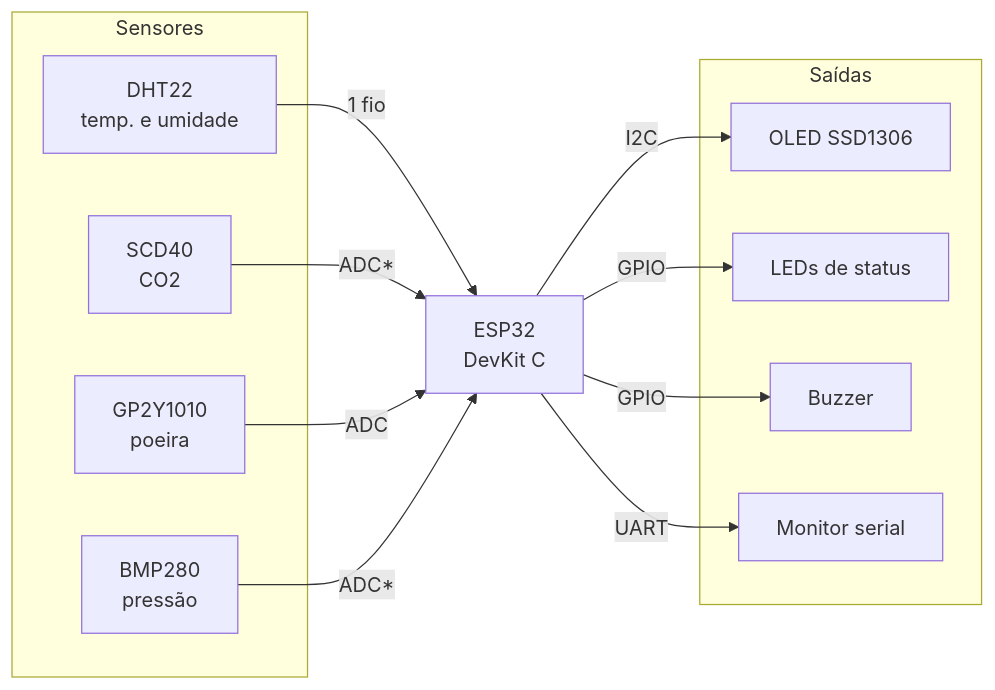
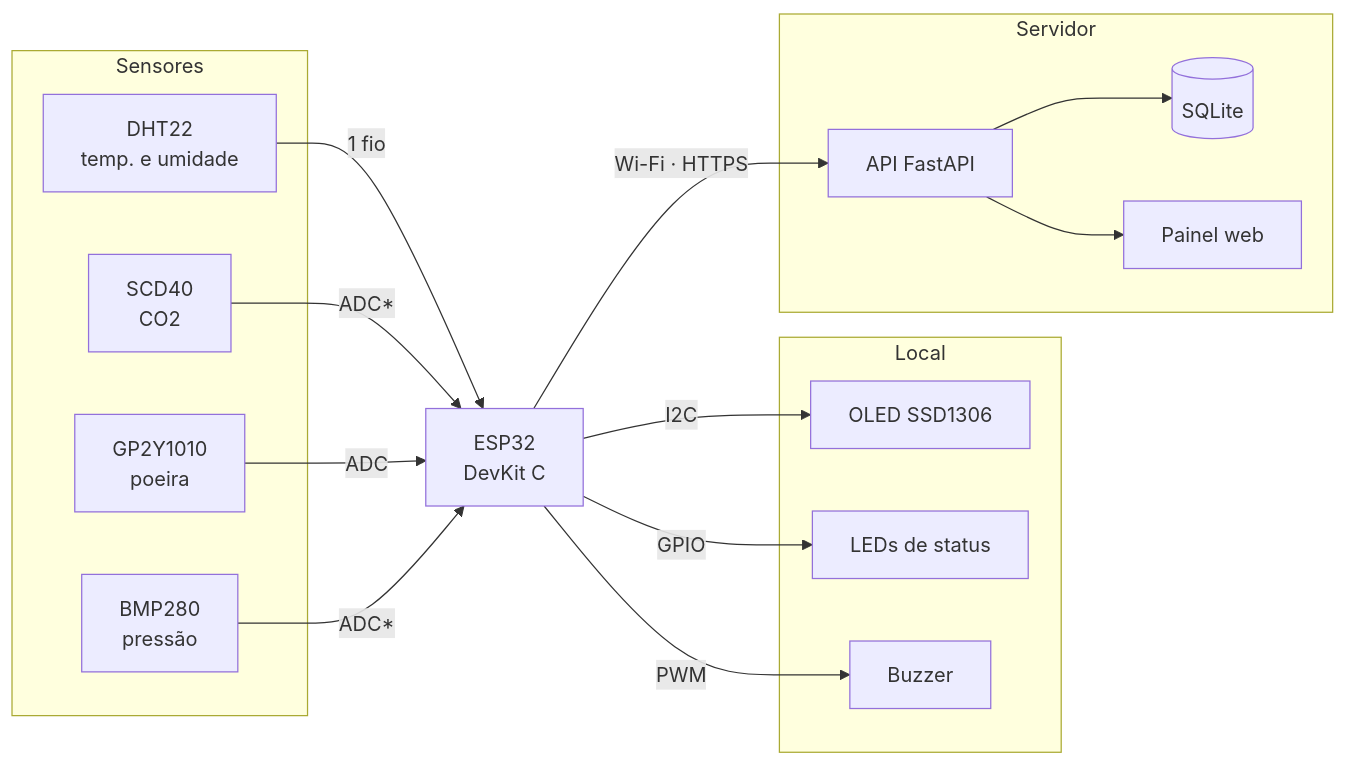
The diagram in README.md (DaviFCSilva/air-sense), drawn with Mermaid before and after one commit. The commit also changed other lines of this file and 5 other files, not shown here.

````diff
--- a/README.md
+++ b/README.md
@@ -66,27 +97,34 @@
 ```mermaid
 flowchart LR
     subgraph Sensores
         DHT[DHT22<br/>temp. e umidade]
         CO2[SCD40<br/>CO2]
         PM[GP2Y1010<br/>poeira]
         BMP[BMP280<br/>pressão]
     end
 
     MCU[ESP32<br/>DevKit C]
 
-    subgraph Saidas[Saídas]
+    subgraph Local
         OLED[OLED SSD1306]
         LEDS[LEDs de status]
         BZ[Buzzer]
-        SER[Monitor serial]
+    end
+
+    subgraph Nuvem[Servidor]
+        API[API FastAPI]
+        DB[(SQLite)]
+        PAINEL[Painel web]
     end
 
     DHT -->|1 fio| MCU
     CO2 -->|ADC*| MCU
     PM -->|ADC| MCU
     BMP -->|ADC*| MCU
     MCU -->|I2C| OLED
     MCU -->|GPIO| LEDS
-    MCU -->|GPIO| BZ
-    MCU -->|UART| SER
+    MCU -->|PWM| BZ
+    MCU -->|Wi-Fi · HTTPS| API
+    API --> DB
+    API --> PAINEL
 ```
````
